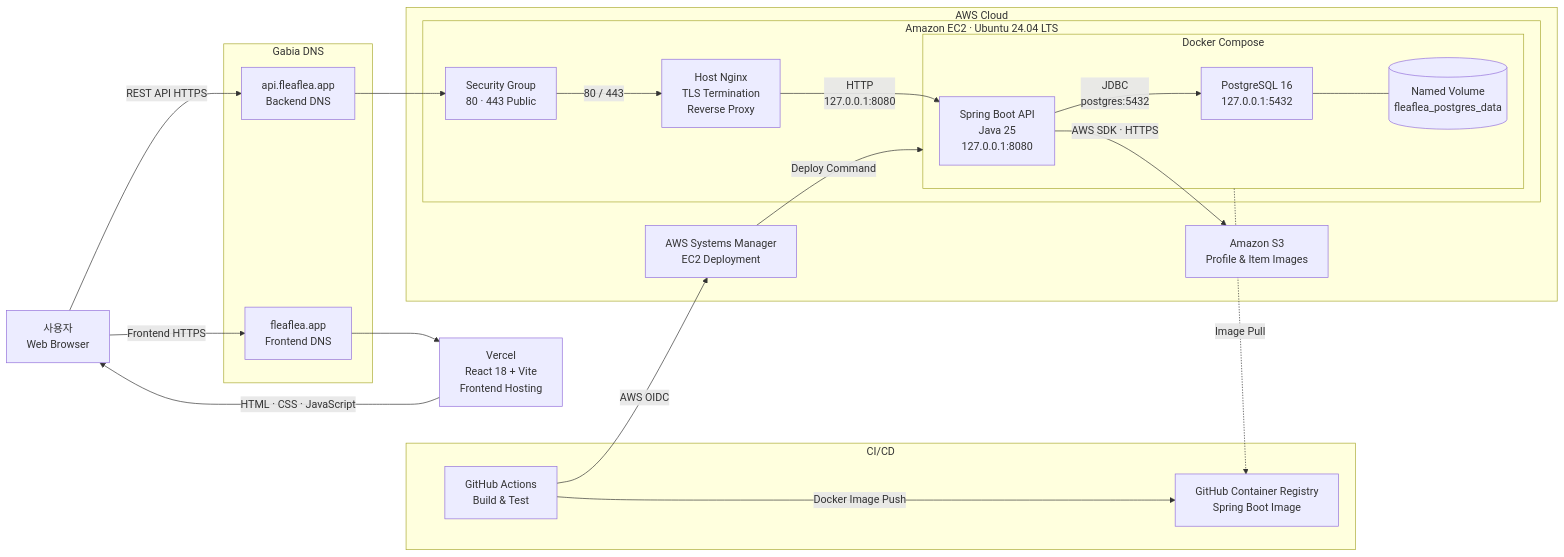
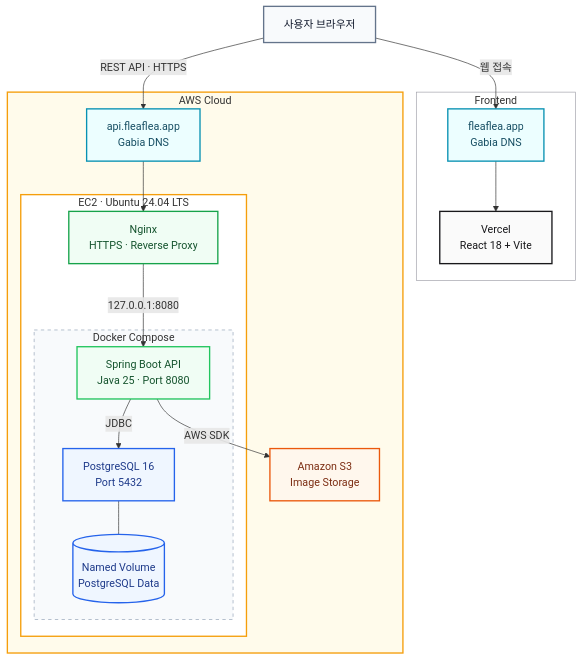
The first of 2 diagrams in README.md (hyundai-autoever-team3/fleaflea-backend), drawn with Mermaid before and after one commit. The commit also changed other lines of this file, not shown here.

````diff
--- a/README.md
+++ b/README.md
@@ -22,54 +22,58 @@
 ```mermaid
-flowchart LR
-    USER["사용자<br/>Web Browser"]
+flowchart TB
+    USER["사용자 브라우저"]
 
-    subgraph DNS["Gabia DNS"]
-        WEB_DNS["fleaflea.app<br/>Frontend DNS"]
-        API_DNS["api.fleaflea.app<br/>Backend DNS"]
-    end
+    subgraph FRONTEND["Frontend"]
+        WEB_DNS["fleaflea.app<br/>Gabia DNS"]
+        VERCEL["Vercel<br/>React 18 + Vite"]
 
-    VERCEL["Vercel<br/>React 18 + Vite<br/>Frontend Hosting"]
-
-    subgraph CICD["CI/CD"]
-        GHA["GitHub Actions<br/>Build & Test"]
-        GHCR["GitHub Container Registry<br/>Spring Boot Image"]
+        WEB_DNS --> VERCEL
     end
 
     subgraph AWS["AWS Cloud"]
-        SSM["AWS Systems Manager<br/>EC2 Deployment"]
-        S3["Amazon S3<br/>Profile & Item Images"]
+        API_DNS["api.fleaflea.app<br/>Gabia DNS"]
 
-        subgraph EC2["Amazon EC2 · Ubuntu 24.04 LTS"]
-            SG["Security Group<br/>80 · 443 Public"]
-
-            NGINX["Host Nginx<br/>TLS Termination<br/>Reverse Proxy"]
+        subgraph EC2["EC2 · Ubuntu 24.04 LTS"]
+            NGINX["Nginx<br/>HTTPS · Reverse Proxy"]
 
             subgraph DOCKER["Docker Compose"]
-                APP["Spring Boot API<br/>Java 25<br/>127.0.0.1:8080"]
+                APP["Spring Boot API<br/>Java 25 · Port 8080"]
+                DB["PostgreSQL 16<br/>Port 5432"]
+                VOLUME[("Named Volume<br/>PostgreSQL Data")]
 
-                DB["PostgreSQL 16<br/>127.0.0.1:5432"]
-
-                VOLUME[("Named Volume<br/>fleaflea_postgres_data")]
-
-                APP -->|"JDBC<br/>postgres:5432"| DB
+                APP -->|"JDBC"| DB
                 DB --- VOLUME
             end
         end
+
+        S3["Amazon S3<br/>Image Storage"]
+
+        API_DNS --> NGINX
+        NGINX -->|"127.0.0.1:8080"| APP
+        APP -->|"AWS SDK"| S3
     end
 
-    USER -->|"Frontend HTTPS"| WEB_DNS
-    WEB_DNS --> VERCEL
-    VERCEL -->|"HTML · CSS · JavaScript"| USER
+    USER -->|"웹 접속"| WEB_DNS
+    USER -->|"REST API · HTTPS"| API_DNS
 
-    USER -->|"REST API HTTPS"| API_DNS
-    API_DNS --> SG
-    SG -->|"80 / 443"| NGINX
-    NGINX -->|"HTTP<br/>127.0.0.1:8080"| APP
+    classDef user fill:#f8fafc,stroke:#64748b,stroke-width:2px,color:#0f172a;
+    classDef dns fill:#ecfeff,stroke:#0891b2,stroke-width:2px,color:#164e63;
+    classDef frontend fill:#fafafa,stroke:#18181b,stroke-width:2px,color:#18181b;
+    classDef proxy fill:#f0fdf4,stroke:#16a34a,stroke-width:2px,color:#14532d;
+    classDef application fill:#f0fdf4,stroke:#22c55e,stroke-width:2px,color:#14532d;
+    classDef database fill:#eff6ff,stroke:#2563eb,stroke-width:2px,color:#1e3a8a;
+    classDef storage fill:#fff7ed,stroke:#ea580c,stroke-width:2px,color:#7c2d12;
 
-    APP -->|"AWS SDK · HTTPS"| S3
+    class USER user;
+    class WEB_DNS,API_DNS dns;
+    class VERCEL frontend;
+    class NGINX proxy;
+    class APP application;
+    class DB,VOLUME database;
+    class S3 storage;
 
-    GHA -->|"Docker Image Push"| GHCR
-    GHA -->|"AWS OIDC"| SSM
-    SSM -->|"Deploy Command"| DOCKER
-    DOCKER -.->|"Image Pull"| GHCR
+    style FRONTEND fill:#ffffff,stroke:#a1a1aa,stroke-width:1px
+    style AWS fill:#fffbeb,stroke:#f59e0b,stroke-width:2px
+    style EC2 fill:#ffffff,stroke:#f59e0b,stroke-width:2px
+    style DOCKER fill:#f8fafc,stroke:#94a3b8,stroke-width:1px,stroke-dasharray:5 5
 ```
````
